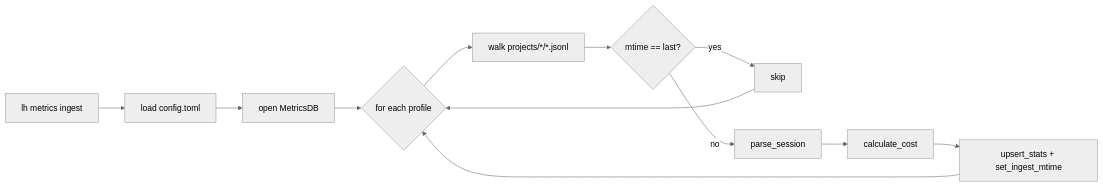
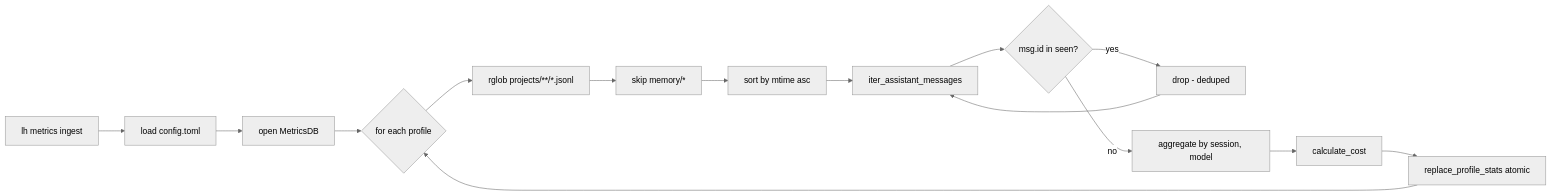
The diagram in docs/how/metrics-ingest.md (lazynet/lazy-harness), drawn with Mermaid (neutral theme) before and after one commit. The commit also changed other lines of this file and 8 other files, not shown here.

````diff
--- a/docs/how/metrics-ingest.md
+++ b/docs/how/metrics-ingest.md
@@ -28,14 +26,17 @@
 ```mermaid
 flowchart LR
   A[lh metrics ingest] --> B[load config.toml]
   B --> C[open MetricsDB]
   C --> D{for each profile}
-  D --> E[walk projects/*/*.jsonl]
-  E --> F{mtime == last?}
-  F -- yes --> G[skip]
-  F -- no --> H[parse_session]
-  H --> I[calculate_cost]
-  I --> J[upsert_stats + set_ingest_mtime]
-  J --> D
-  G --> D
+  D --> E[rglob projects/**/*.jsonl]
+  E --> F[skip memory/*]
+  F --> G[sort by mtime asc]
+  G --> H[iter_assistant_messages]
+  H --> I{msg.id in seen?}
+  I -- yes --> J[drop - deduped]
+  I -- no --> K[aggregate by session, model]
+  K --> L[calculate_cost]
+  L --> M[replace_profile_stats atomic]
+  J --> H
+  M --> D
 ```
````
